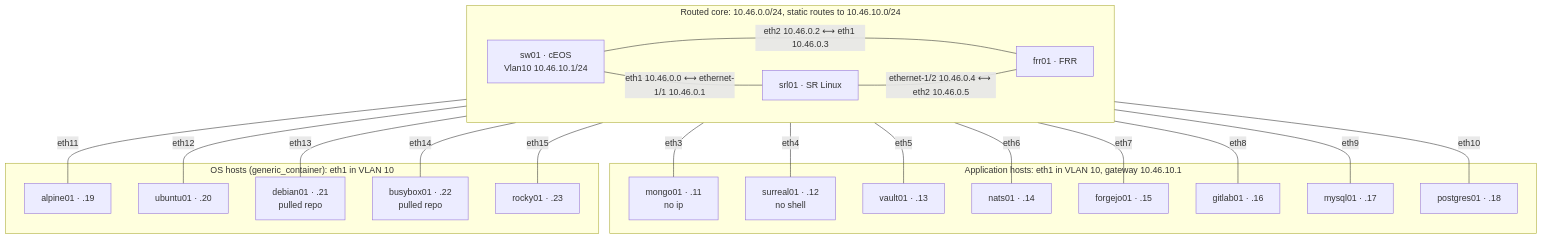
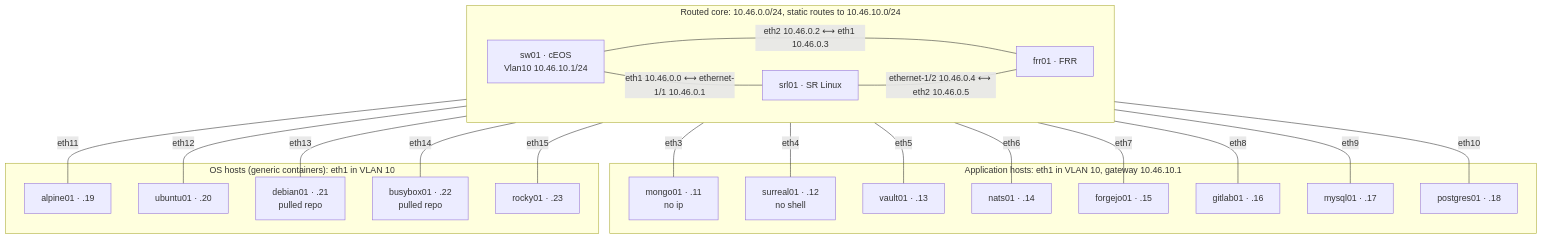
One commit to bwks/sherpa changed the diagram in tests/labs/p2p-containers/README.md. Above: the diagram before and after it, drawn with Mermaid. The commit also changed other lines of this file and 111 other files, not shown here.

````diff
--- a/tests/labs/p2p-containers/README.md
+++ b/tests/labs/p2p-containers/README.md
@@ -22,45 +22,45 @@
 ```mermaid
 flowchart TB
     subgraph core["Routed core: 10.46.0.0/24, static routes to 10.46.10.0/24"]
         direction LR
         sw01["sw01 · cEOS<br/>Vlan10 10.46.10.1/24"]
         srl01["srl01 · SR Linux"]
         frr01["frr01 · FRR"]
         sw01 ---|"eth1 10.46.0.0 ⟷ ethernet-1/1 10.46.0.1"| srl01
         sw01 ---|"eth2 10.46.0.2 ⟷ eth1 10.46.0.3"| frr01
         srl01 ---|"ethernet-1/2 10.46.0.4 ⟷ eth2 10.46.0.5"| frr01
     end
 
     subgraph apps["Application hosts: eth1 in VLAN 10, gateway 10.46.10.1"]
         mongo01["mongo01 · .11<br/>no ip"]
         surreal01["surreal01 · .12<br/>no shell"]
         vault01["vault01 · .13"]
         nats01["nats01 · .14"]
         forgejo01["forgejo01 · .15"]
         gitlab01["gitlab01 · .16"]
         mysql01["mysql01 · .17"]
         postgres01["postgres01 · .18"]
     end
 
-    subgraph os["OS hosts (generic_container): eth1 in VLAN 10"]
+    subgraph os["OS hosts (generic containers): eth1 in VLAN 10"]
         alpine01["alpine01 · .19"]
         ubuntu01["ubuntu01 · .20"]
         debian01["debian01 · .21<br/>pulled repo"]
         busybox01["busybox01 · .22<br/>pulled repo"]
         rocky01["rocky01 · .23"]
     end
 
     sw01 ---|eth3| mongo01
     sw01 ---|eth4| surreal01
     sw01 ---|eth5| vault01
     sw01 ---|eth6| nats01
     sw01 ---|eth7| forgejo01
     sw01 ---|eth8| gitlab01
     sw01 ---|eth9| mysql01
     sw01 ---|eth10| postgres01
     sw01 ---|eth11| alpine01
     sw01 ---|eth12| ubuntu01
     sw01 ---|eth13| debian01
     sw01 ---|eth14| busybox01
     sw01 ---|eth15| rocky01
 ```
````
